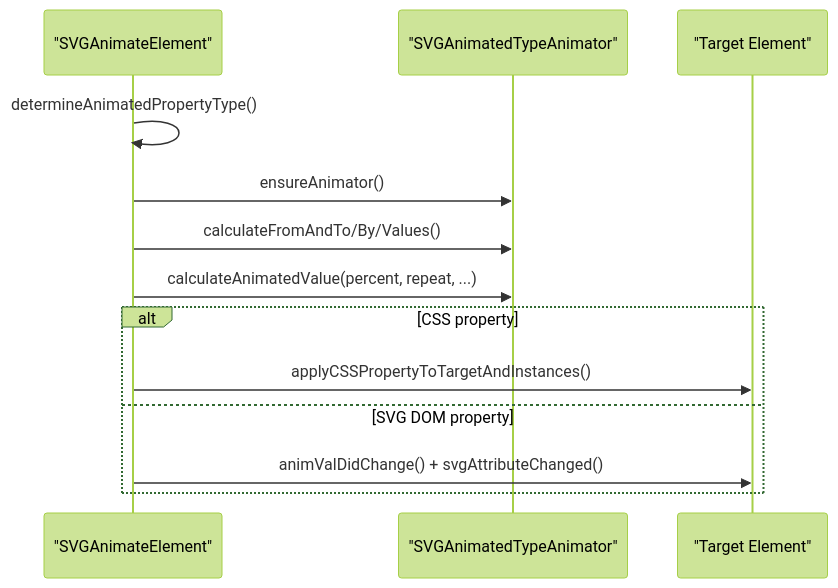
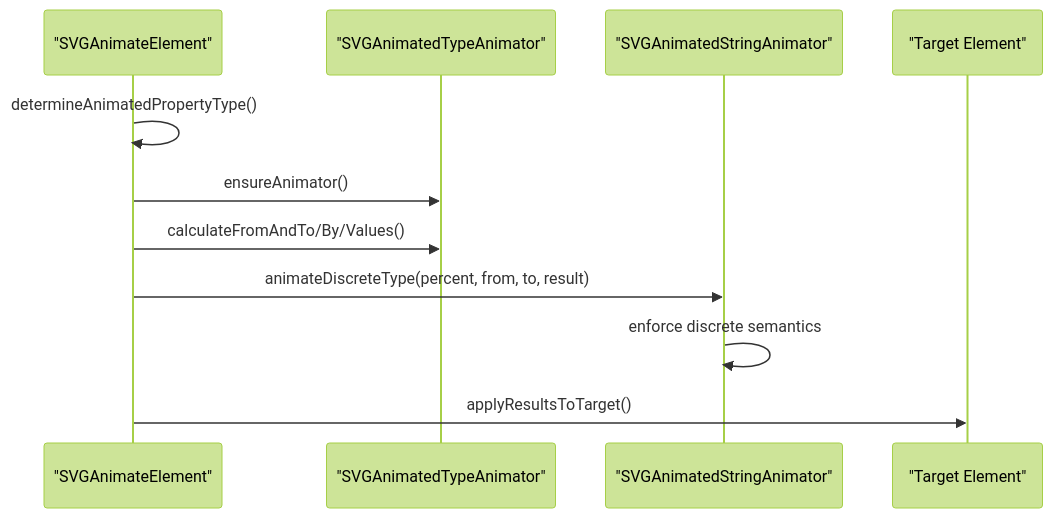
One commit to denisnadey/flutter_full_svg_support changed the seventh of 9 diagrams in .qoder/repowiki/en/content/Animated SVG Support/SMIL Animation Specification/SMIL Animation Specification.md. Above: the diagram before and after it, drawn with Mermaid (forest theme). The commit also changed other lines of this file and 40 other files, not shown here.

````diff
--- a/.qoder/repowiki/en/content/Animated SVG Support/SMIL Animation Specification/SMIL Animation Specification.md
+++ b/.qoder/repowiki/en/content/Animated SVG Support/SMIL Animation Specification/SMIL Animation Specification.md
@@ -299,15 +337,13 @@
 ```mermaid
 sequenceDiagram
 participant AE as "SVGAnimateElement"
 participant AT as "SVGAnimatedTypeAnimator"
+participant SA as "SVGAnimatedStringAnimator"
 participant Target as "Target Element"
 AE->>AE : determineAnimatedPropertyType()
 AE->>AT : ensureAnimator()
 AE->>AT : calculateFromAndTo/By/Values()
-AE->>AT : calculateAnimatedValue(percent, repeat, ...)
-alt CSS property
-AE->>Target : applyCSSPropertyToTargetAndInstances()
-else SVG DOM property
-AE->>Target : animValDidChange() + svgAttributeChanged()
-end
+AE->>SA : animateDiscreteType(percent, from, to, result)
+SA->>SA : enforce discrete semantics
+AE->>Target : applyResultsToTarget()
 ```
````
